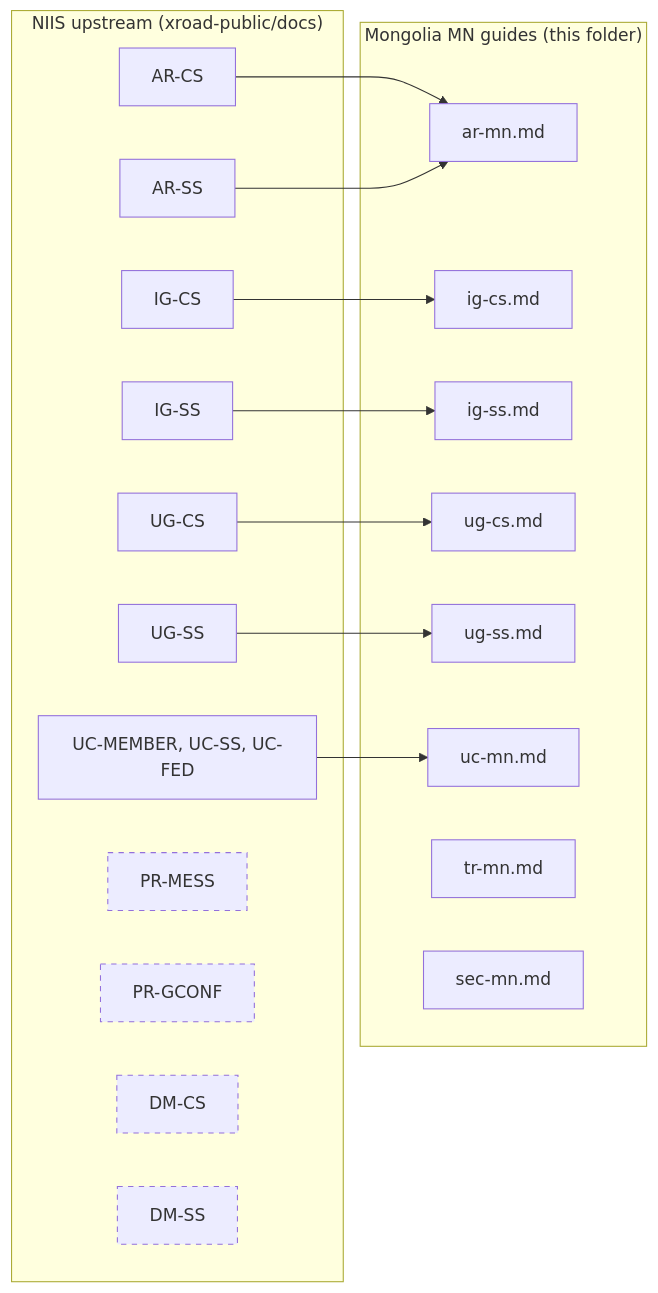
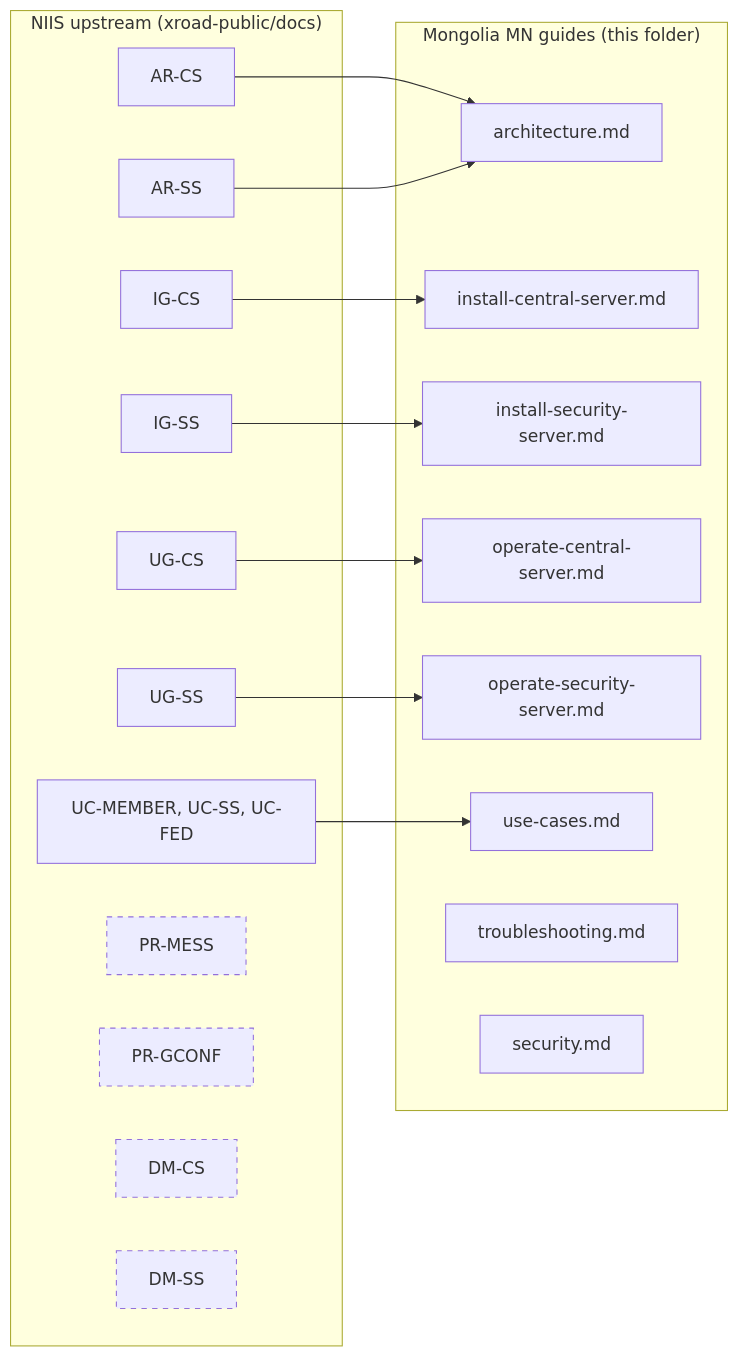
One commit to geregedevops/xroad-mongolia-mn changed the second of 2 diagrams in docs/guides/README.md. Above: the diagram before and after it, drawn with Mermaid. The commit also changed other lines of this file and 10 other files, not shown here.

````diff
--- a/docs/guides/README.md
+++ b/docs/guides/README.md
@@ -40,40 +40,40 @@
 ```mermaid
 graph LR
     subgraph niis["NIIS upstream (xroad-public/docs)"]
         AR_CS_NIIS[AR-CS]
         AR_SS_NIIS[AR-SS]
         IG_CS_NIIS[IG-CS]
         IG_SS_NIIS[IG-SS]
         UG_CS_NIIS[UG-CS]
         UG_SS_NIIS[UG-SS]
         UC_NIIS[UC-MEMBER, UC-SS, UC-FED]
         PR_MESS[PR-MESS]
         PR_GCONF[PR-GCONF]
         DM_CS[DM-CS]
         DM_SS[DM-SS]
     end
 
     subgraph mn["Mongolia MN guides (this folder)"]
-        AR_MN[ar-mn.md]
-        IG_CS_MN[ig-cs.md]
-        IG_SS_MN[ig-ss.md]
-        UG_CS_MN[ug-cs.md]
-        UG_SS_MN[ug-ss.md]
-        UC_MN[uc-mn.md]
-        TR_MN[tr-mn.md]
-        SEC_MN[sec-mn.md]
+        AR_MN[architecture.md]
+        IG_CS_MN[install-central-server.md]
+        IG_SS_MN[install-security-server.md]
+        UG_CS_MN[operate-central-server.md]
+        UG_SS_MN[operate-security-server.md]
+        UC_MN[use-cases.md]
+        TR_MN[troubleshooting.md]
+        SEC_MN[security.md]
     end
 
     AR_CS_NIIS --> AR_MN
     AR_SS_NIIS --> AR_MN
     IG_CS_NIIS --> IG_CS_MN
     IG_SS_NIIS --> IG_SS_MN
     UG_CS_NIIS --> UG_CS_MN
     UG_SS_NIIS --> UG_SS_MN
     UC_NIIS --> UC_MN
 
     style PR_MESS stroke-dasharray: 5 5
     style PR_GCONF stroke-dasharray: 5 5
     style DM_CS stroke-dasharray: 5 5
     style DM_SS stroke-dasharray: 5 5
 ```
````
